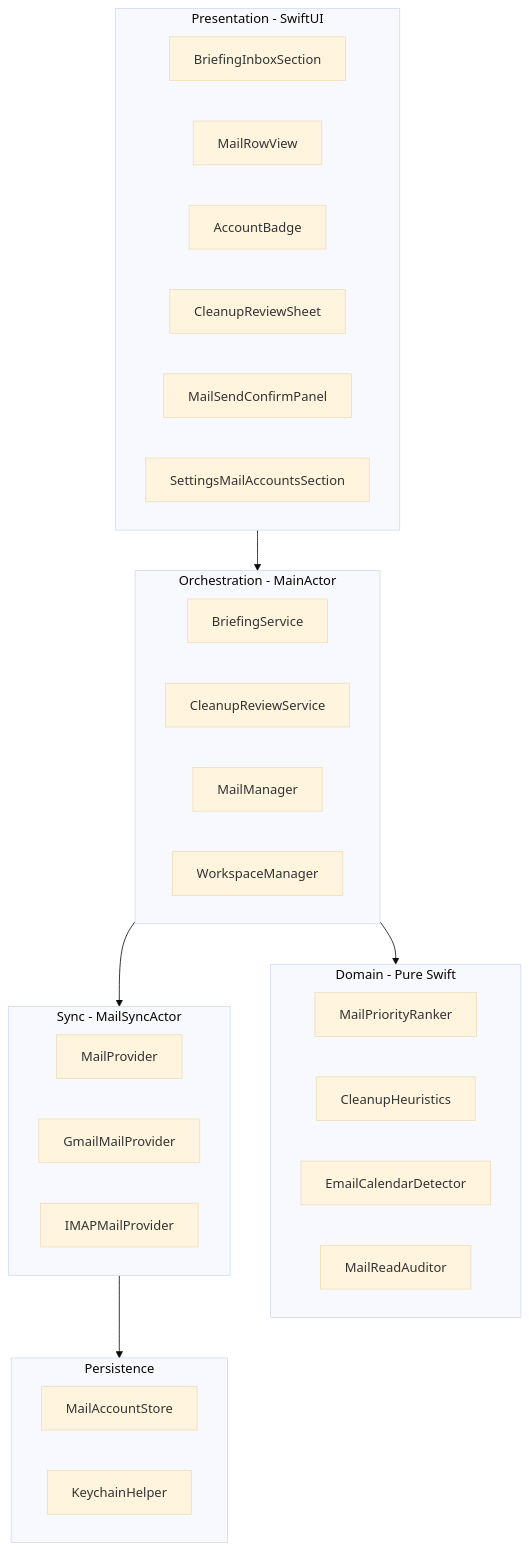
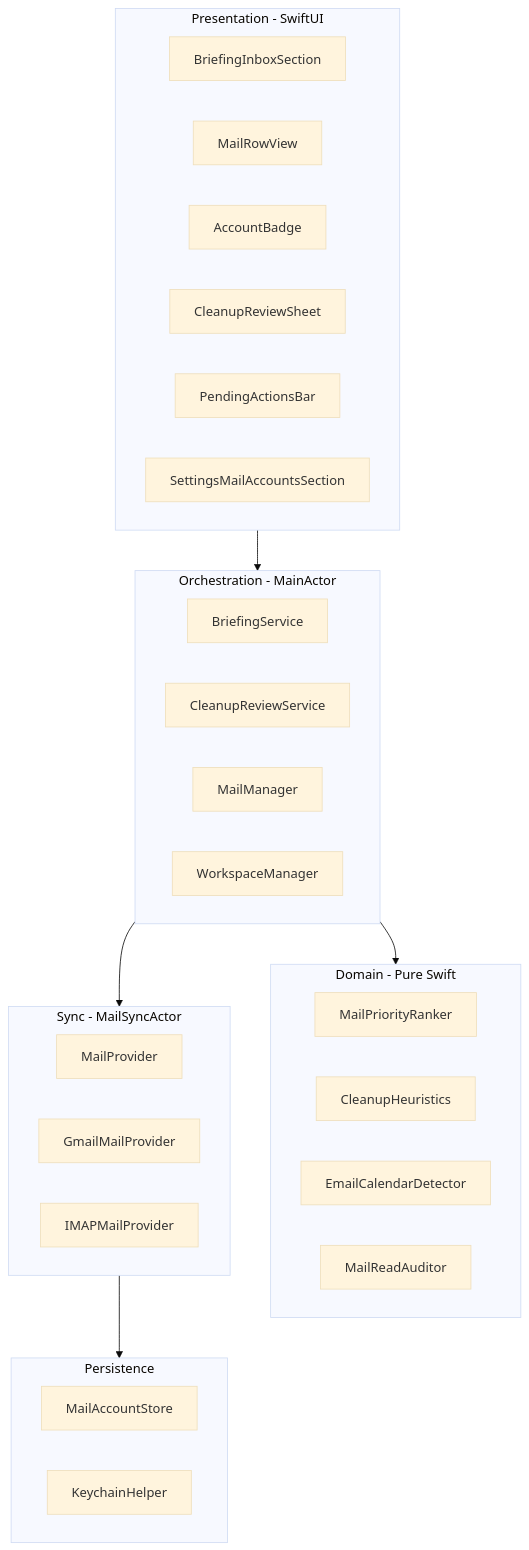
One commit to udit19199/maestro changed the first of 2 diagrams in reference/mail-architecture.md. Above: the diagram before and after it, drawn with Mermaid (base theme). The commit also changed other lines of this file and 55 other files, not shown here.

````diff
--- a/reference/mail-architecture.md
+++ b/reference/mail-architecture.md
@@ -16,41 +16,41 @@
 ```mermaid
 flowchart TB
     subgraph presentation [Presentation - SwiftUI]
         BriefingInboxSection
         MailRowView
         AccountBadge
         CleanupReviewSheet
-        MailSendConfirmPanel
+        PendingActionsBar
         SettingsMailAccountsSection
     end
 
     subgraph orchestration [Orchestration - MainActor]
         BriefingService
         CleanupReviewService
         MailManager
         WorkspaceManager
     end
 
     subgraph domain [Domain - Pure Swift]
         MailPriorityRanker
         CleanupHeuristics
         EmailCalendarDetector
         MailReadAuditor
     end
 
     subgraph sync [Sync - MailSyncActor]
         MailProvider
         GmailMailProvider
         IMAPMailProvider
     end
 
     subgraph persistence [Persistence]
         MailAccountStore
         KeychainHelper
     end
 
     presentation --> orchestration
     orchestration --> domain
     orchestration --> sync
     sync --> persistence
 ```
````
